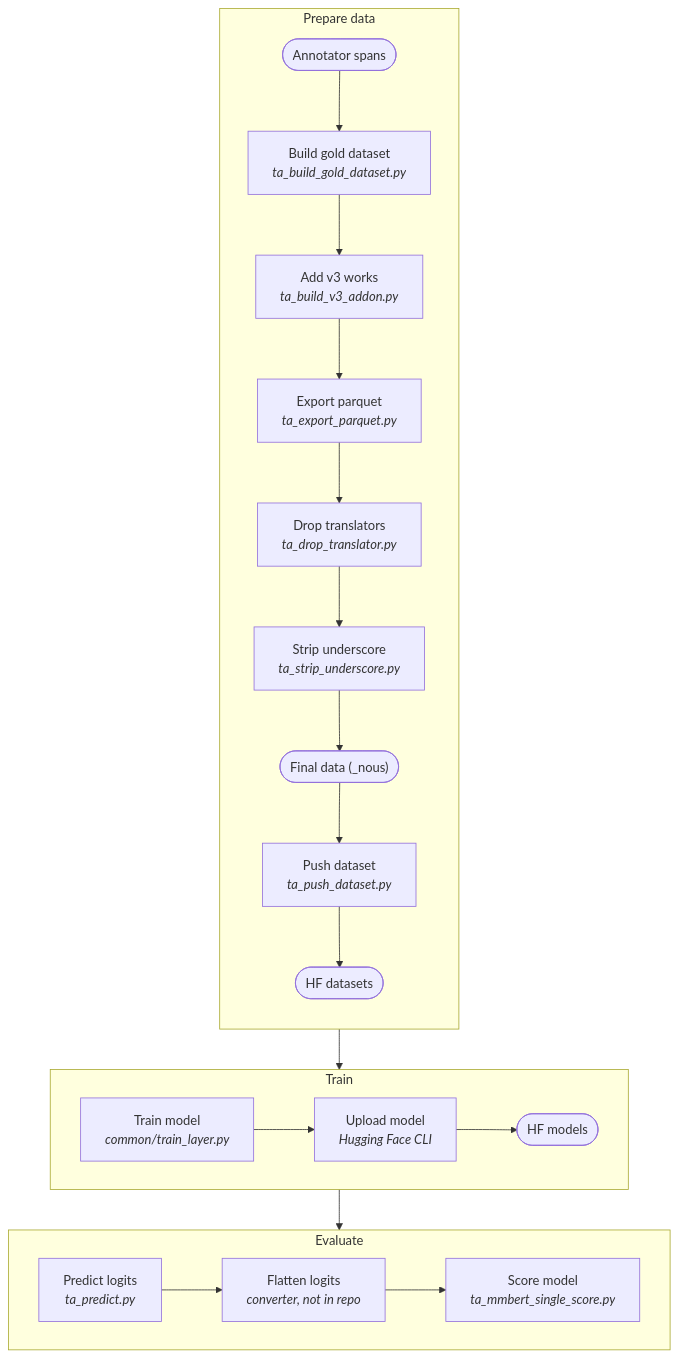
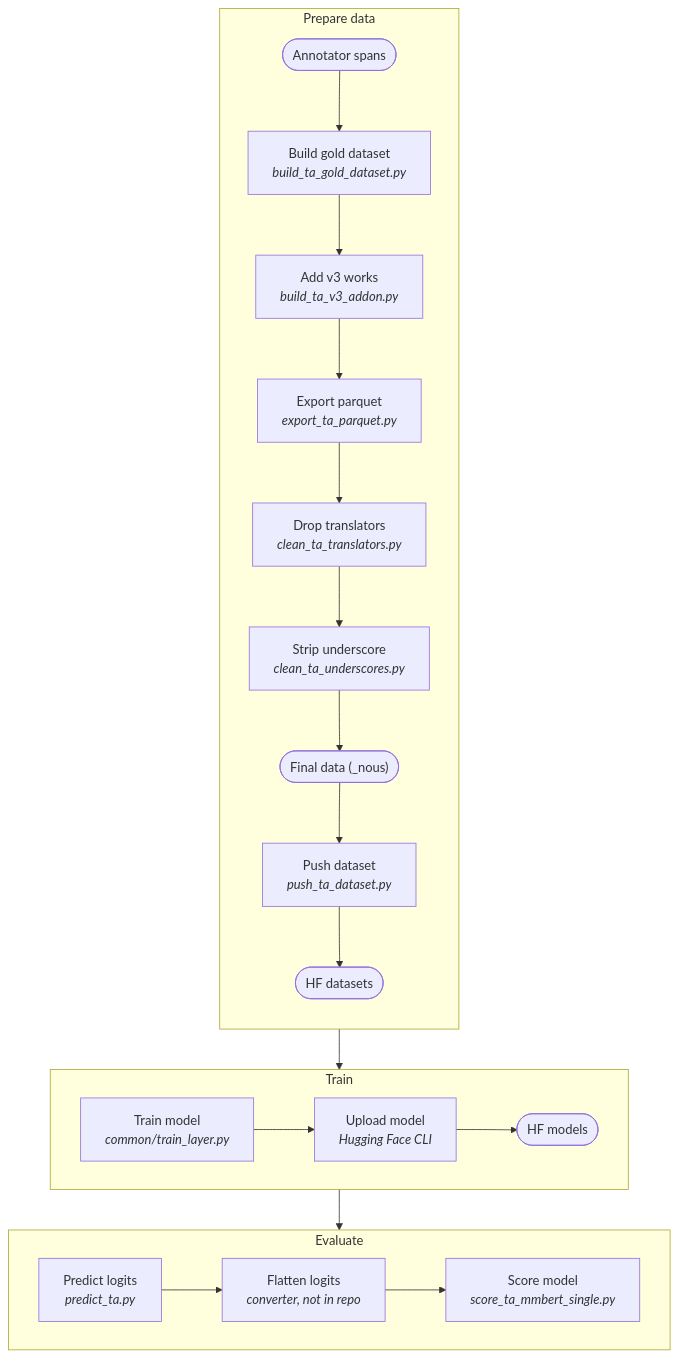
One commit to tenzinyonten/tibetan-layer-detection changed the first of 2 diagrams in title_author/README.md. Above: the diagram before and after it, drawn with Mermaid. The commit also changed other lines of this file and 161 other files, not shown here.

````diff
--- a/title_author/README.md
+++ b/title_author/README.md
@@ -33,26 +33,26 @@
 ```mermaid
 flowchart TD
   subgraph PREP["Prepare data"]
     direction TB
-    F1(["Annotator spans"]) --> S1["Build gold dataset<br/><i>ta_build_gold_dataset.py</i>"]
-    S1 --> S2["Add v3 works<br/><i>ta_build_v3_addon.py</i>"]
-    S2 --> S3["Export parquet<br/><i>ta_export_parquet.py</i>"]
-    S3 --> S4["Drop translators<br/><i>ta_drop_translator.py</i>"]
-    S4 --> S5["Strip underscore<br/><i>ta_strip_underscore.py</i>"]
+    F1(["Annotator spans"]) --> S1["Build gold dataset<br/><i>build_ta_gold_dataset.py</i>"]
+    S1 --> S2["Add v3 works<br/><i>build_ta_v3_addon.py</i>"]
+    S2 --> S3["Export parquet<br/><i>export_ta_parquet.py</i>"]
+    S3 --> S4["Drop translators<br/><i>clean_ta_translators.py</i>"]
+    S4 --> S5["Strip underscore<br/><i>clean_ta_underscores.py</i>"]
     S5 --> F2(["Final data (_nous)"])
-    F2 --> S6["Push dataset<br/><i>ta_push_dataset.py</i>"]
+    F2 --> S6["Push dataset<br/><i>push_ta_dataset.py</i>"]
     S6 --> F3(["HF datasets"])
   end
   subgraph TRAIN["Train"]
     direction LR
     T1["Train model<br/><i>common/train_layer.py</i>"] --> T2["Upload model<br/><i>Hugging Face CLI</i>"]
     T2 --> F4(["HF models"])
   end
   subgraph EVAL["Evaluate"]
     direction LR
-    E1["Predict logits<br/><i>ta_predict.py</i>"] --> E2["Flatten logits<br/><i>converter, not in repo</i>"]
-    E2 --> E3["Score model<br/><i>ta_mmbert_single_score.py</i>"]
+    E1["Predict logits<br/><i>predict_ta.py</i>"] --> E2["Flatten logits<br/><i>converter, not in repo</i>"]
+    E2 --> E3["Score model<br/><i>score_ta_mmbert_single.py</i>"]
   end
   PREP --> TRAIN
   TRAIN --> EVAL
 ```
````
